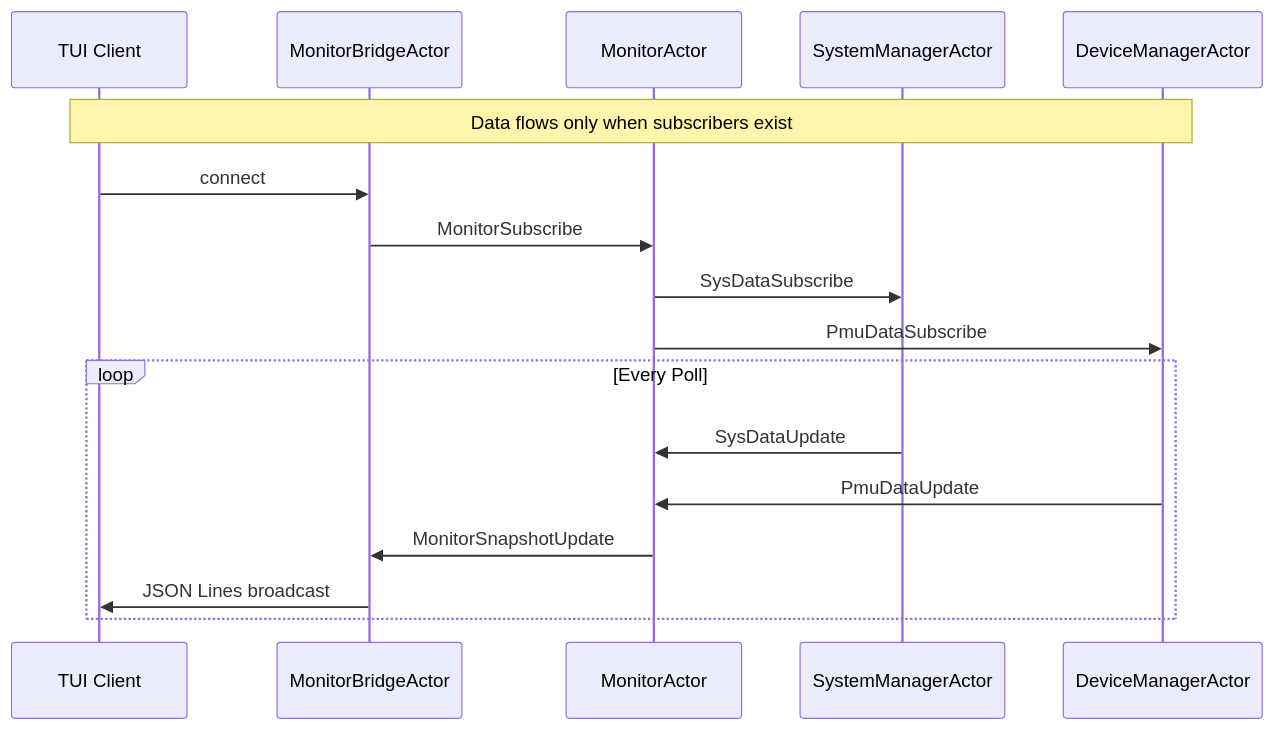
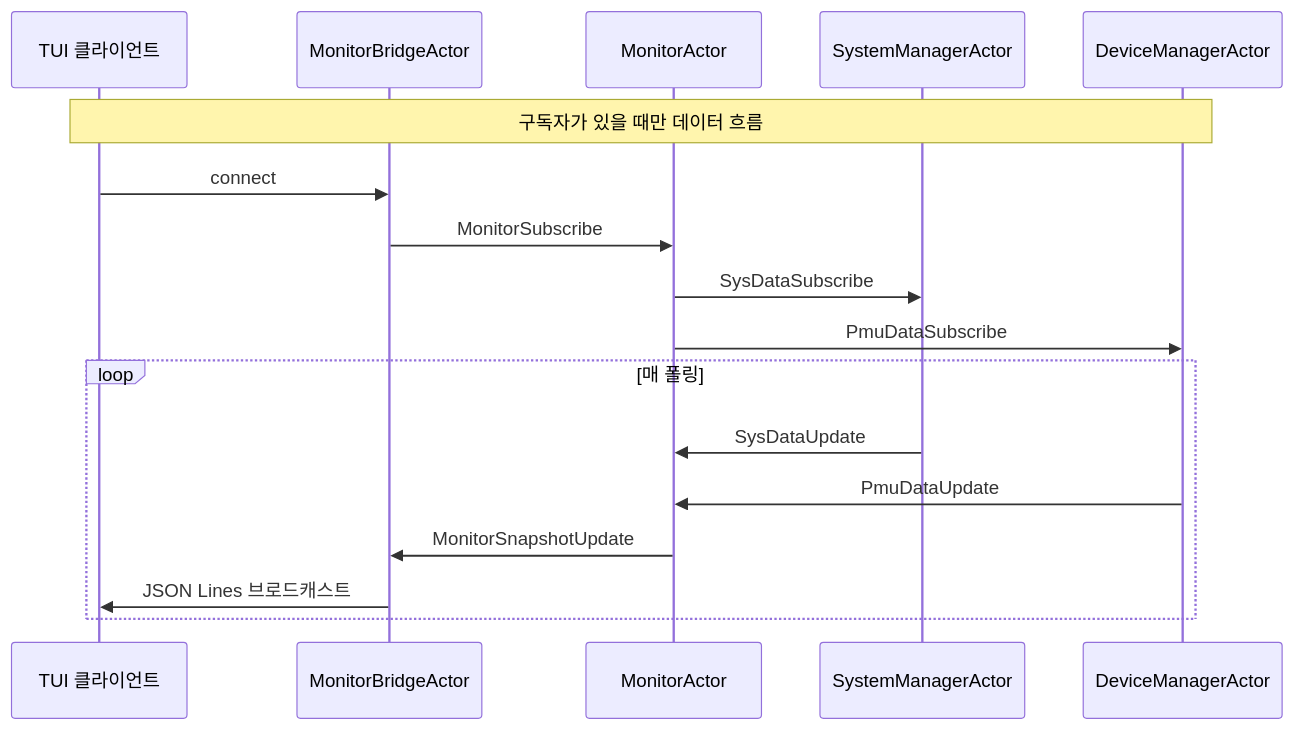
The second of 2 diagrams in docs/architecture/README.md (shoenkh15324/V2-Engine), drawn with Mermaid before and after one commit. The commit also changed other lines of this file and 5 other files, not shown here.

````diff
--- a/docs/architecture/README.md
+++ b/docs/architecture/README.md
@@ -292,21 +292,21 @@
 ```mermaid
 sequenceDiagram
-    participant TUI as TUI Client
+    participant TUI as TUI 클라이언트
     participant BR as MonitorBridgeActor
     participant MON as MonitorActor
     participant SYS as SystemManagerActor
     participant PMU as DeviceManagerActor
 
-    Note over TUI,PMU: Data flows only when subscribers exist
+    Note over TUI,PMU: 구독자가 있을 때만 데이터 흐름
     TUI->>BR: connect
     BR->>MON: MonitorSubscribe
     MON->>SYS: SysDataSubscribe
     MON->>PMU: PmuDataSubscribe
 
-    loop Every Poll
+    loop 매 폴링
         SYS->>MON: SysDataUpdate
         PMU->>MON: PmuDataUpdate
         MON->>BR: MonitorSnapshotUpdate
-        BR->>TUI: JSON Lines broadcast
+        BR->>TUI: JSON Lines 브로드캐스트
     end
 ```
````
